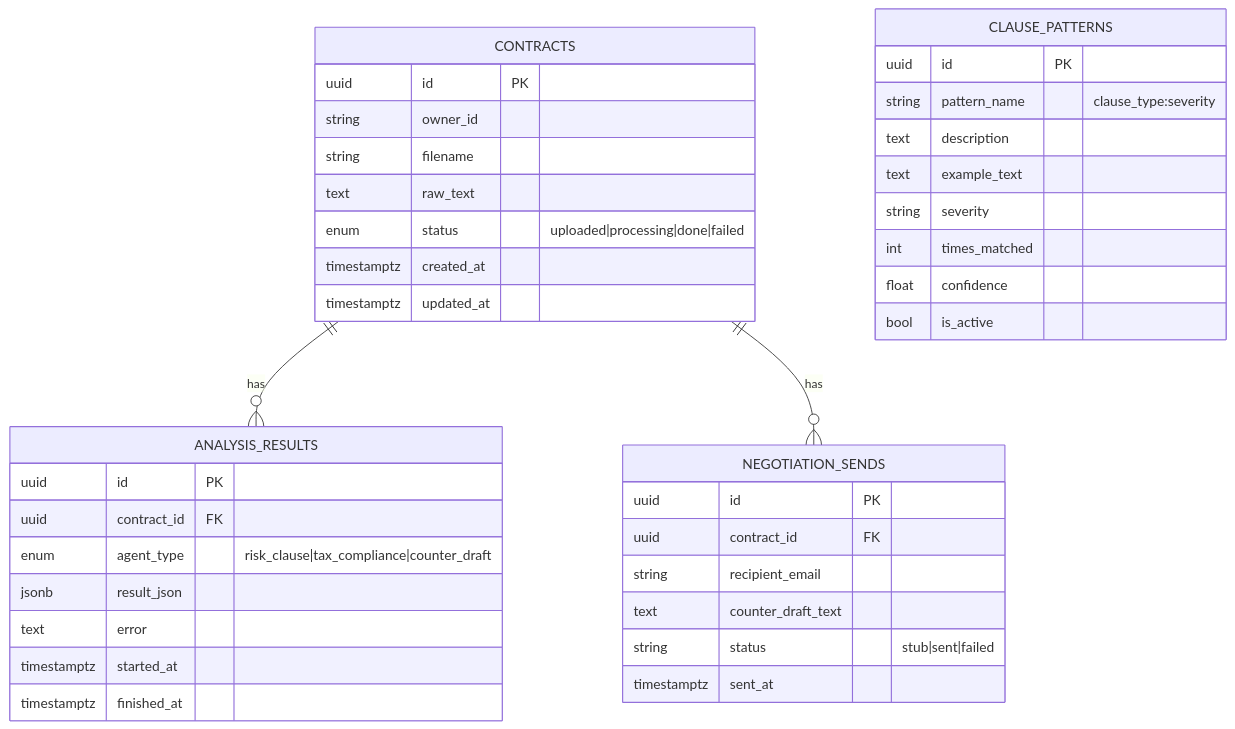
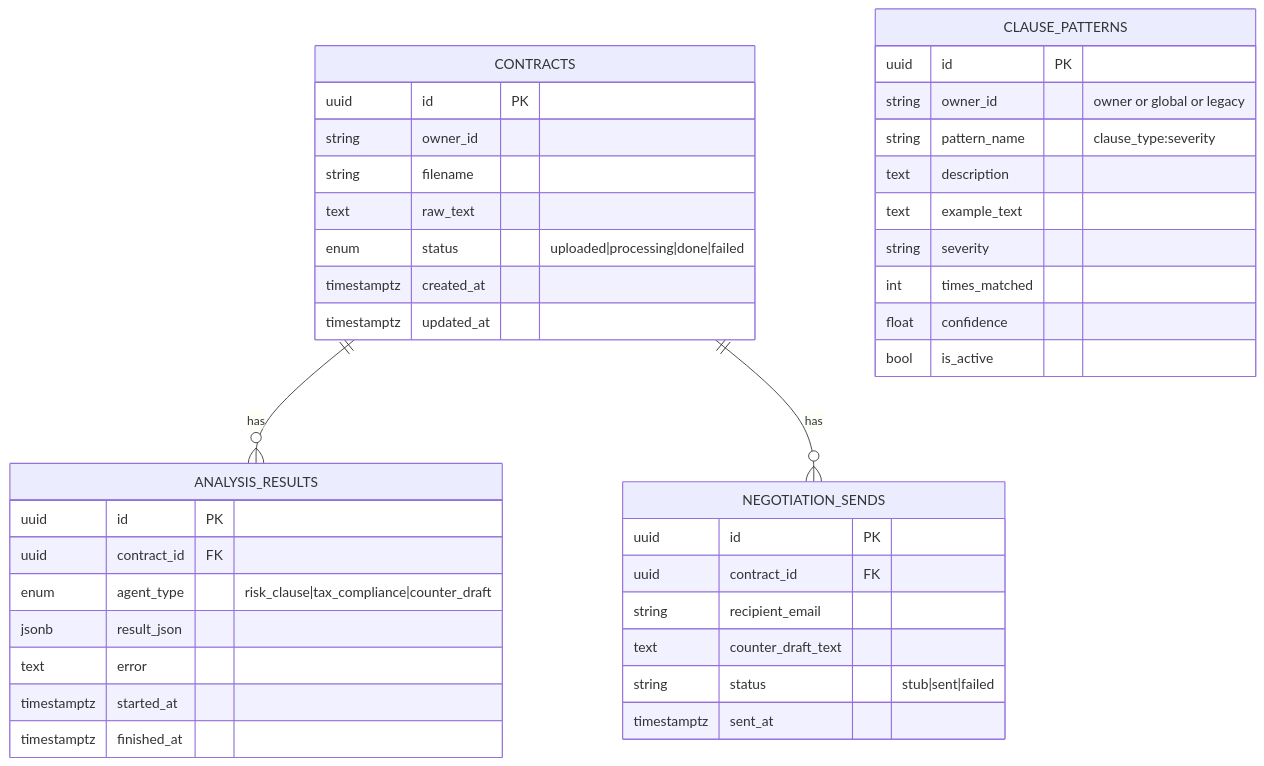
One commit to bastardchild/legalshield changed the second of 2 diagrams in .memory/PROJECT_MAPPING.md. Above: the diagram before and after it, drawn with Mermaid. The commit also changed other lines of this file and 10 other files, not shown here.

````diff
--- a/.memory/PROJECT_MAPPING.md
+++ b/.memory/PROJECT_MAPPING.md
@@ -181,42 +182,43 @@
 ```mermaid
 erDiagram
     CONTRACTS ||--o{ ANALYSIS_RESULTS : has
     CONTRACTS ||--o{ NEGOTIATION_SENDS : has
     CLAUSE_PATTERNS
     CONTRACTS {
         uuid id PK
         string owner_id
         string filename
         text raw_text
         enum status "uploaded|processing|done|failed"
         timestamptz created_at
         timestamptz updated_at
     }
     ANALYSIS_RESULTS {
         uuid id PK
         uuid contract_id FK
         enum agent_type "risk_clause|tax_compliance|counter_draft"
         jsonb result_json
         text error
         timestamptz started_at
         timestamptz finished_at
     }
     CLAUSE_PATTERNS {
         uuid id PK
+        string owner_id "owner or global or legacy"
         string pattern_name "clause_type:severity"
         text description
         text example_text
         string severity
         int times_matched
         float confidence
         bool is_active
     }
     NEGOTIATION_SENDS {
         uuid id PK
         uuid contract_id FK
         string recipient_email
         text counter_draft_text
         string status "stub|sent|failed"
         timestamptz sent_at
     }
 ```
````
